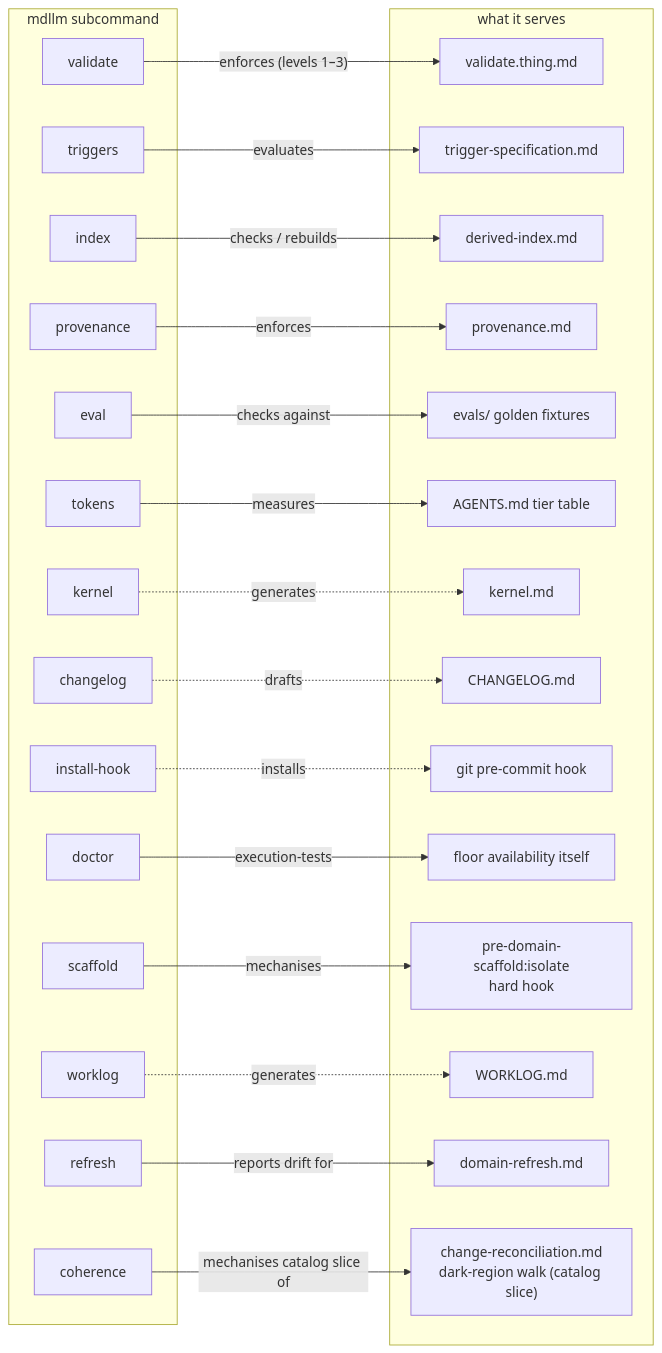
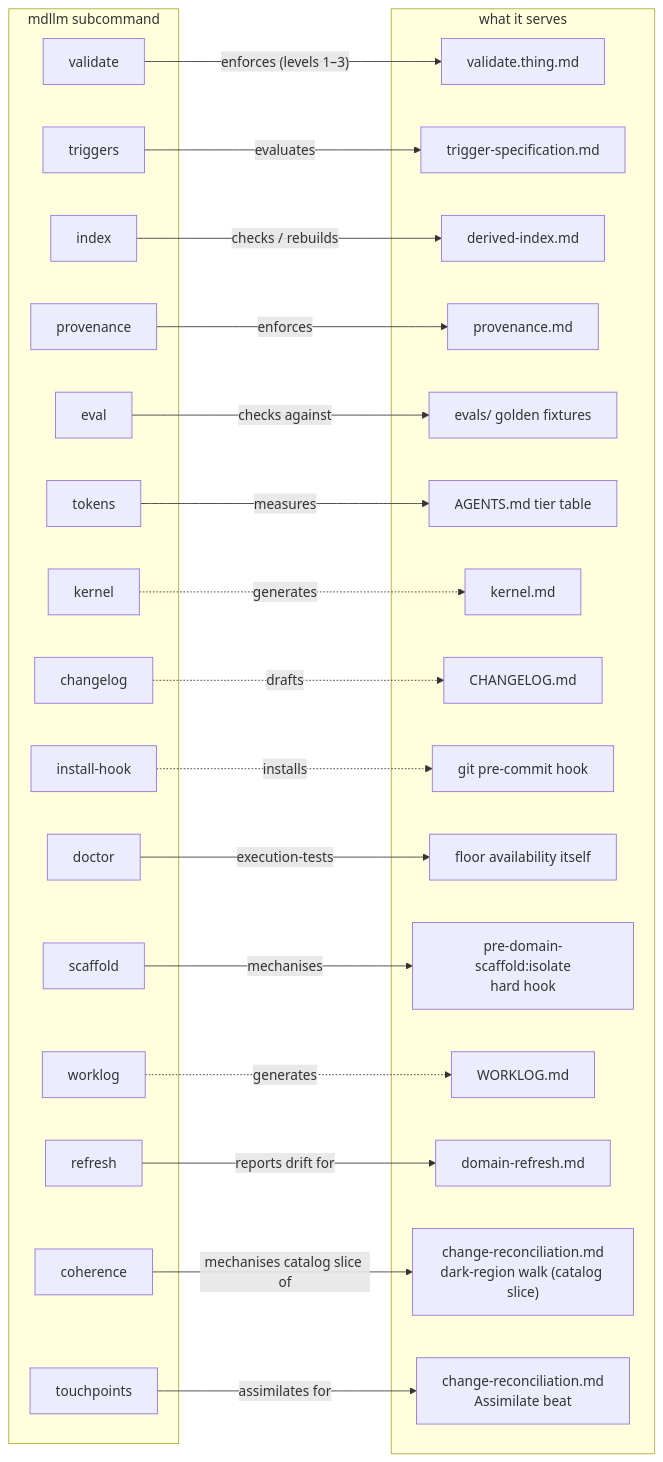
The third of 3 diagrams in framework-map.md (JanoshMoshiri/MarkdownLLM), drawn with Mermaid before and after one commit. The commit also changed other lines of this file and 3 other files, not shown here.

````diff
--- a/framework-map.md
+++ b/framework-map.md
@@ -172,50 +174,53 @@
 ```mermaid
 flowchart LR
     subgraph cli ["mdllm subcommand"]
         C1["validate"]
         C2["triggers"]
         C3["index"]
         C4["provenance"]
         C5["eval"]
         C6["tokens"]
         C7["kernel"]
         C8["changelog"]
         C9["install-hook"]
         C10["doctor"]
         C11["scaffold"]
         C12["worklog"]
         C13["refresh"]
         C14["coherence"]
+        C15["touchpoints"]
     end
     subgraph target ["what it serves"]
         T1["validate.thing.md"]
         T2["trigger-specification.md"]
         T3["derived-index.md"]
         T4["provenance.md"]
         T5["evals/ golden fixtures"]
         T6["AGENTS.md tier table"]
         T7["kernel.md"]
         T8["CHANGELOG.md"]
         T9["git pre-commit hook"]
         T10["floor availability itself"]
         T11["pre-domain-scaffold:isolate<br/>hard hook"]
         T12["WORKLOG.md"]
         T13["domain-refresh.md"]
         T14["change-reconciliation.md<br/>dark-region walk (catalog slice)"]
+        T15["change-reconciliation.md<br/>Assimilate beat"]
     end
 
     C1 -->|"enforces (levels 1–3)"| T1
     C2 -->|evaluates| T2
     C3 -->|"checks / rebuilds"| T3
     C4 -->|enforces| T4
     C5 -->|checks against| T5
     C6 -->|measures| T6
     C7 -.->|generates| T7
     C8 -.->|drafts| T8
     C9 -.->|installs| T9
     C10 -->|"execution-tests"| T10
     C11 -->|mechanises| T11
     C12 -.->|generates| T12
     C13 -->|"reports drift for"| T13
     C14 -->|"mechanises catalog slice of"| T14
+    C15 -->|"assimilates for"| T15
 ```
````
